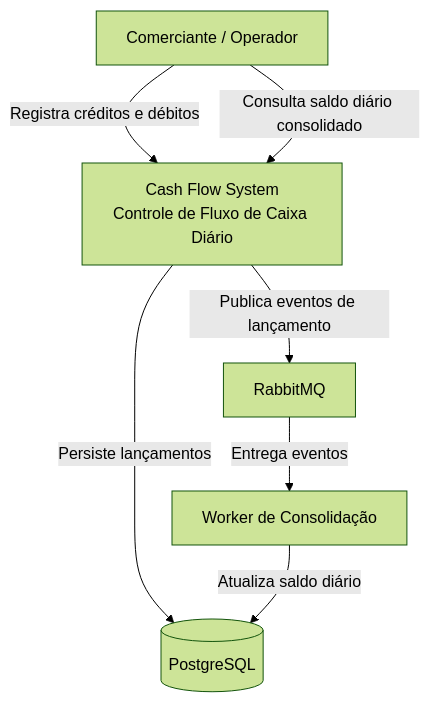
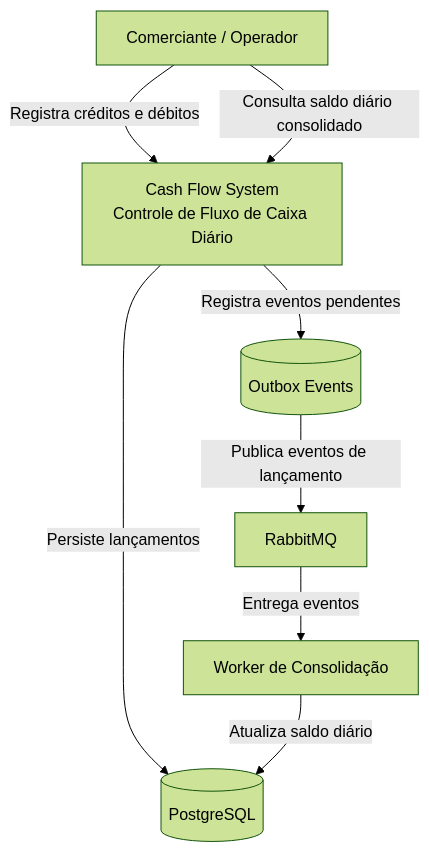
One commit to evosoftwares/cashflow-challenge-Gabriel changed the first of 7 diagrams in docs/architecture.md. Above: the diagram before and after it, drawn with Mermaid (forest theme). The commit also changed other lines of this file and 28 other files, not shown here.

````diff
--- a/docs/architecture.md
+++ b/docs/architecture.md
@@ -15,11 +15,12 @@
 ```mermaid
 flowchart TD
     USER[Comerciante / Operador]
     SYSTEM[Cash Flow System<br/>Controle de Fluxo de Caixa Diário]
     USER -->|Registra créditos e débitos| SYSTEM
     USER -->|Consulta saldo diário consolidado| SYSTEM
     SYSTEM -->|Persiste lançamentos| DB[(PostgreSQL)]
-    SYSTEM -->|Publica eventos de lançamento| MQ[RabbitMQ]
+    SYSTEM -->|Registra eventos pendentes| OUTBOX[(Outbox Events)]
+    OUTBOX -->|Publica eventos de lançamento| MQ[RabbitMQ]
     MQ -->|Entrega eventos| WORKER[Worker de Consolidação]
     WORKER -->|Atualiza saldo diário| DB
 ```
````
